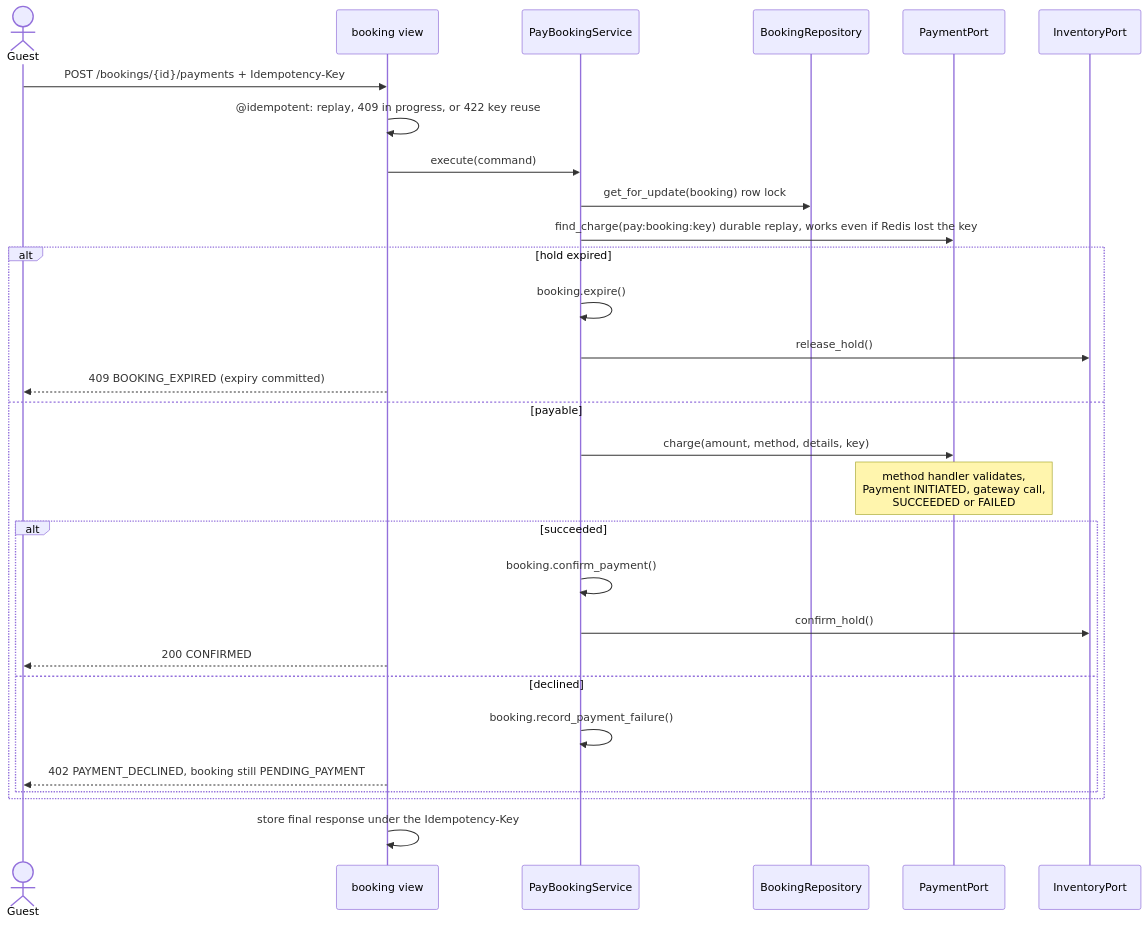
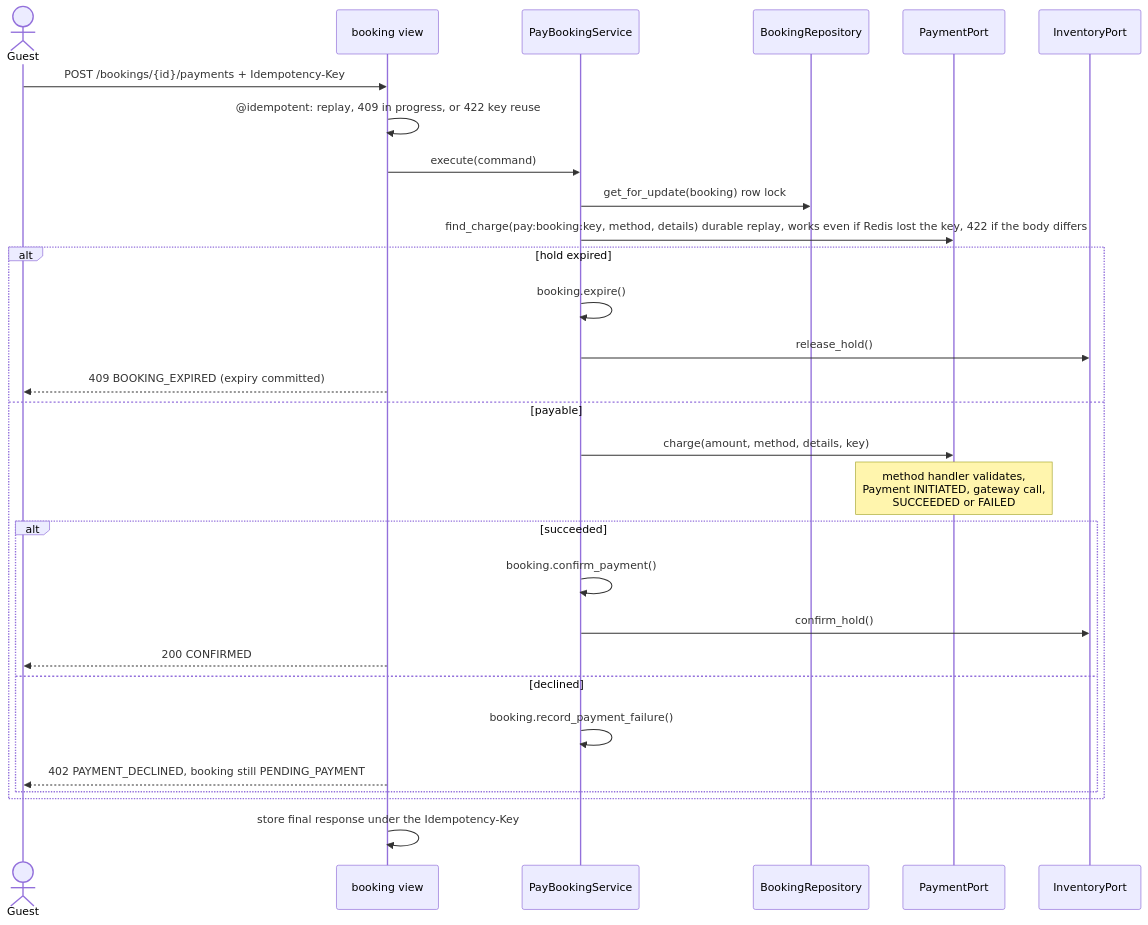
The eighth of 12 diagrams in docs/HLD.md (mohitsoni-0/HMS), drawn with Mermaid before and after one commit. The commit also changed other lines of this file and 130 other files, not shown here.

````diff
--- a/docs/HLD.md
+++ b/docs/HLD.md
@@ -254,31 +257,31 @@
 ```mermaid
 sequenceDiagram
     actor G as Guest
     participant V as booking view
     participant S as PayBookingService
     participant R as BookingRepository
     participant Pay as PaymentPort
     participant I as InventoryPort
     G->>V: POST /bookings/{id}/payments + Idempotency-Key
     V->>V: @idempotent: replay, 409 in progress, or 422 key reuse
     V->>S: execute(command)
     S->>R: get_for_update(booking) row lock
-    S->>Pay: find_charge(pay:booking:key) durable replay, works even if Redis lost the key
+    S->>Pay: find_charge(pay:booking:key, method, details) durable replay, works even if Redis lost the key, 422 if the body differs
     alt hold expired
         S->>S: booking.expire()
         S->>I: release_hold()
         V-->>G: 409 BOOKING_EXPIRED (expiry committed)
     else payable
         S->>Pay: charge(amount, method, details, key)
         Note over Pay: method handler validates,<br/>Payment INITIATED, gateway call,<br/>SUCCEEDED or FAILED
         alt succeeded
             S->>S: booking.confirm_payment()
             S->>I: confirm_hold()
             V-->>G: 200 CONFIRMED
         else declined
             S->>S: booking.record_payment_failure()
             V-->>G: 402 PAYMENT_DECLINED, booking still PENDING_PAYMENT
         end
     end
     V->>V: store final response under the Idempotency-Key
 ```
````
